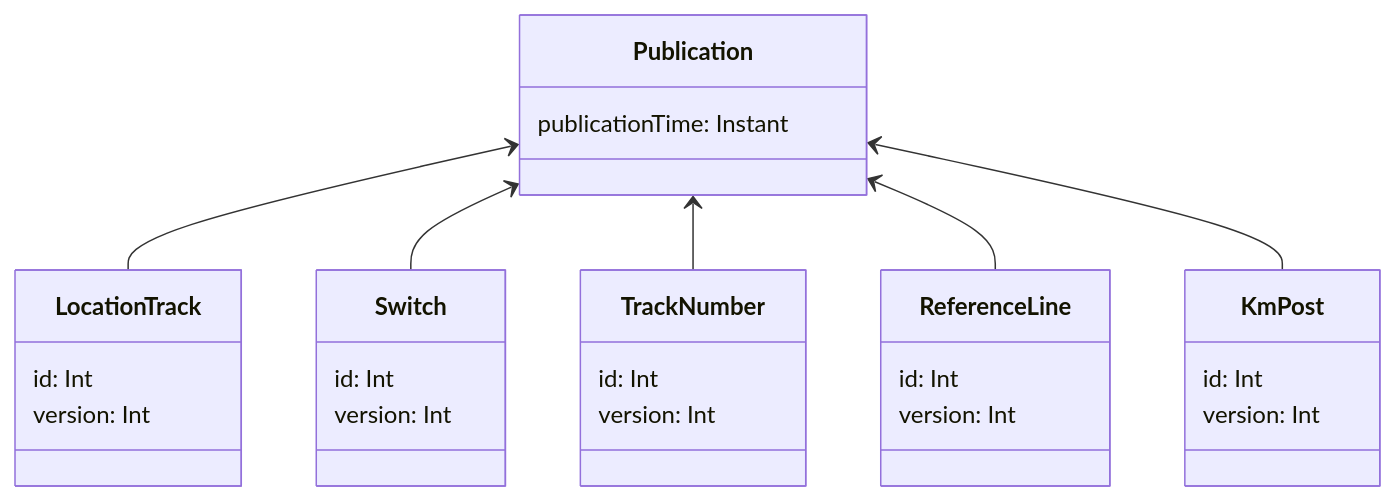
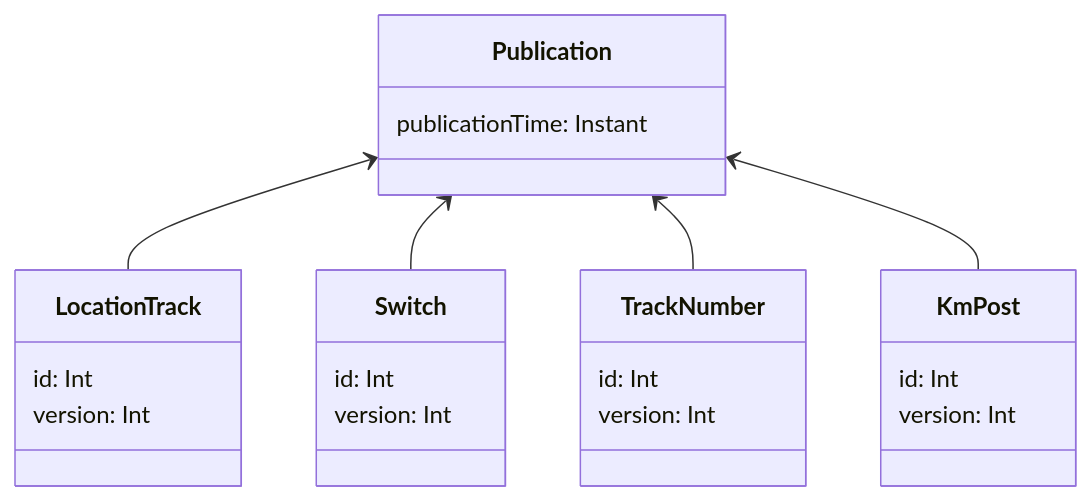
One commit to finnishtransportagency/geoviite changed the diagram in doc/julkaisut.md. Above: the diagram before and after it, drawn with Mermaid.

Commit message:
GVT-3637 Remove referenceline from julkaisut.md

````diff
--- a/doc/julkaisut.md
+++ b/doc/julkaisut.md
@@ -19,31 +19,26 @@
 ```mermaid
 classDiagram
     class Publication {
         publicationTime: Instant
     }
     class LocationTrack {
         id: Int
         version: Int
     }
     class Switch {
         id: Int
         version: Int
     }
     class TrackNumber {
         id: Int
         version: Int
     }
-    class ReferenceLine {
-        id: Int
-        version: Int
-    }
     class KmPost {
         id: Int
         version: Int
     }
     Publication <-- LocationTrack
     Publication <-- Switch
     Publication <-- TrackNumber
-    Publication <-- ReferenceLine
     Publication <-- KmPost
 ```
````
